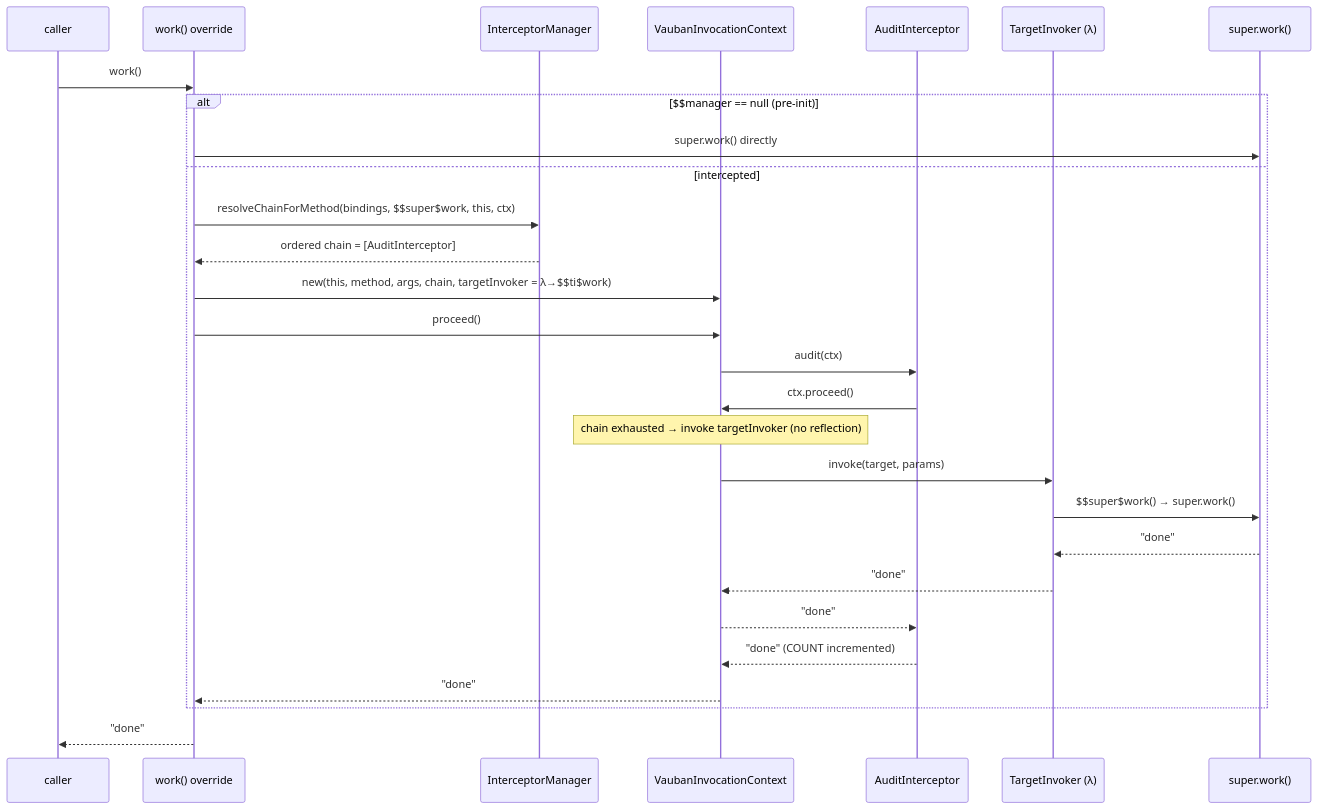
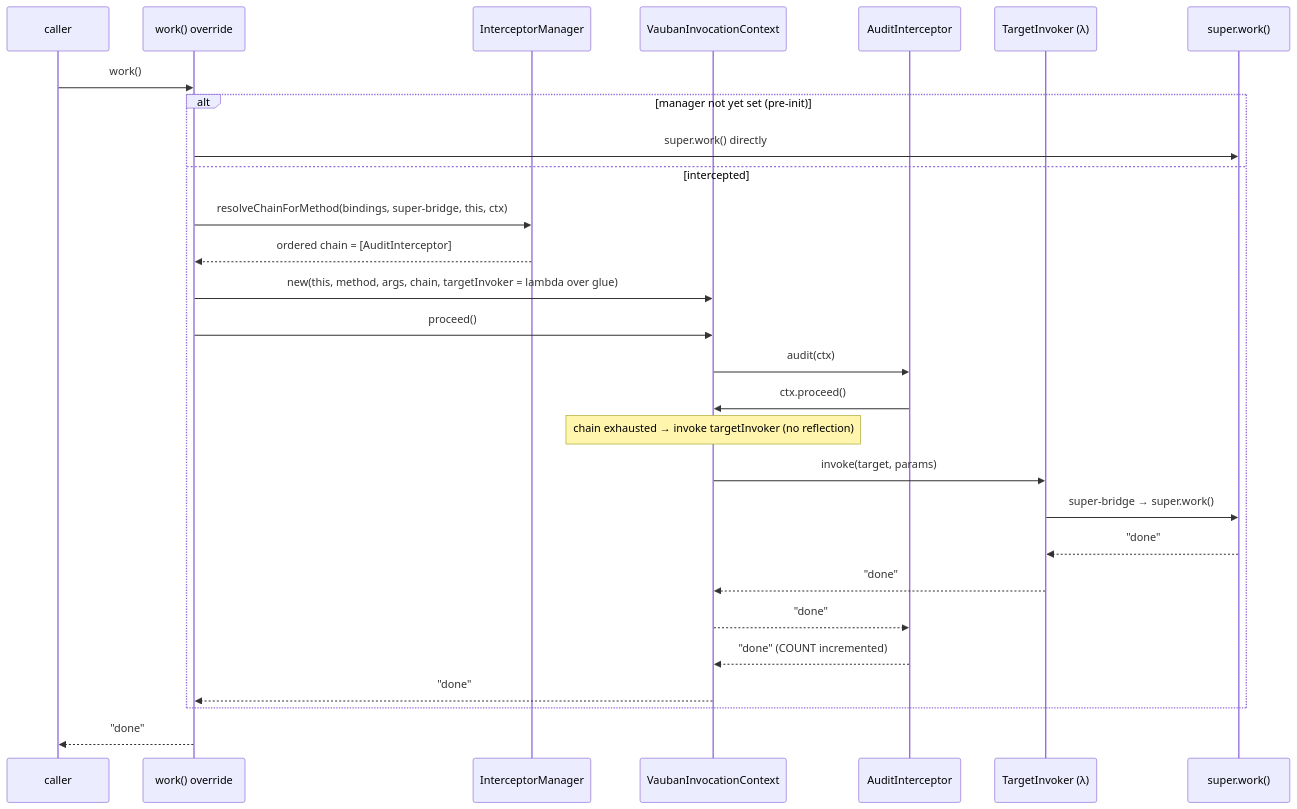
Before and after one commit to vidocq-stack/vauban: the second of 4 diagrams in INTERCEPTORS.md, drawn with Mermaid. The commit also changed other lines of this file, not shown here.

First line of the commit message:
INTERCEPTORS.md: remove $ from all mermaid labels (KaTeX parses $$ as math)

````diff
--- a/INTERCEPTORS.md
+++ b/INTERCEPTORS.md
@@ -106,31 +110,31 @@
 ```mermaid
 sequenceDiagram
     participant App as caller
     participant Sub as work() override
     participant IM as InterceptorManager
     participant Ctx as VaubanInvocationContext
     participant Int as AuditInterceptor
     participant TI as TargetInvoker (λ)
     participant Body as super.work()
 
     App->>Sub: work()
-    alt $$manager == null (pre-init)
+    alt manager not yet set (pre-init)
         Sub->>Body: super.work() directly
     else intercepted
-        Sub->>IM: resolveChainForMethod(bindings, $$super$work, this, ctx)
+        Sub->>IM: resolveChainForMethod(bindings, super-bridge, this, ctx)
         IM-->>Sub: ordered chain = [AuditInterceptor]
-        Sub->>Ctx: new(this, method, args, chain, targetInvoker = λ→$$ti$work)
+        Sub->>Ctx: new(this, method, args, chain, targetInvoker = lambda over glue)
         Sub->>Ctx: proceed()
         Ctx->>Int: audit(ctx)
         Int->>Ctx: ctx.proceed()
         Note over Ctx: chain exhausted → invoke targetInvoker (no reflection)
         Ctx->>TI: invoke(target, params)
-        TI->>Body: $$super$work() → super.work()
+        TI->>Body: super-bridge → super.work()
         Body-->>TI: "done"
         TI-->>Ctx: "done"
         Ctx-->>Int: "done"
         Int-->>Ctx: "done" (COUNT incremented)
         Ctx-->>Sub: "done"
     end
     Sub-->>App: "done"
 ```
````
